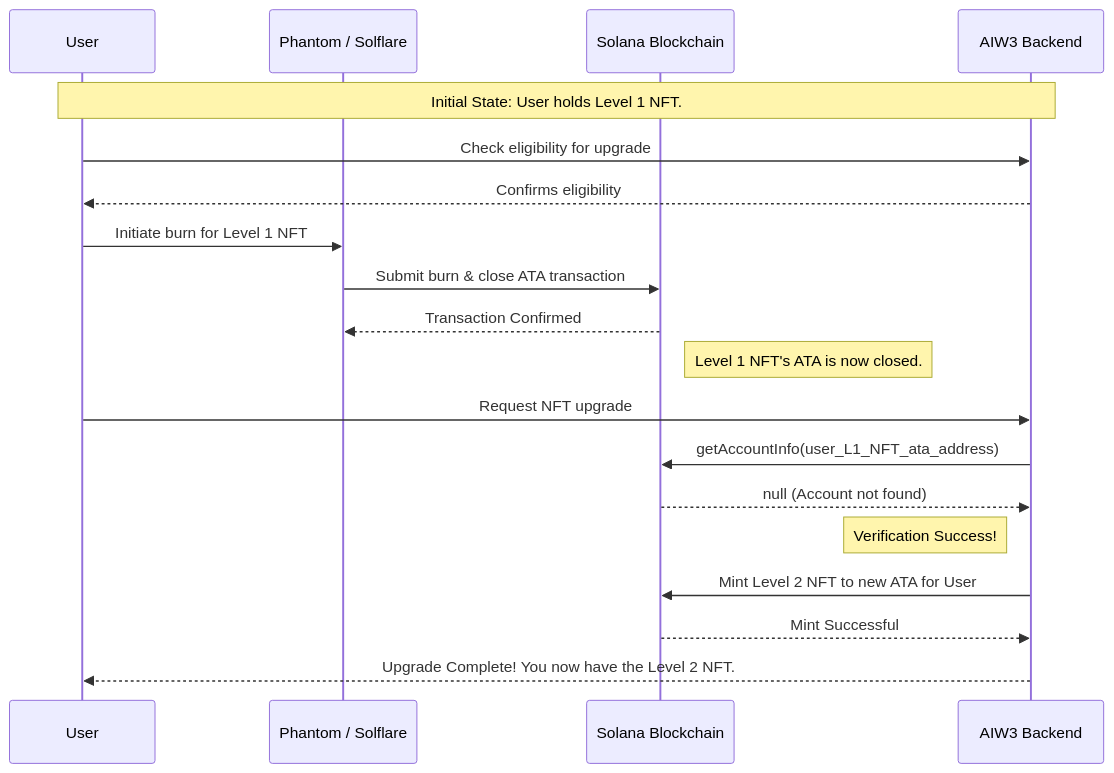
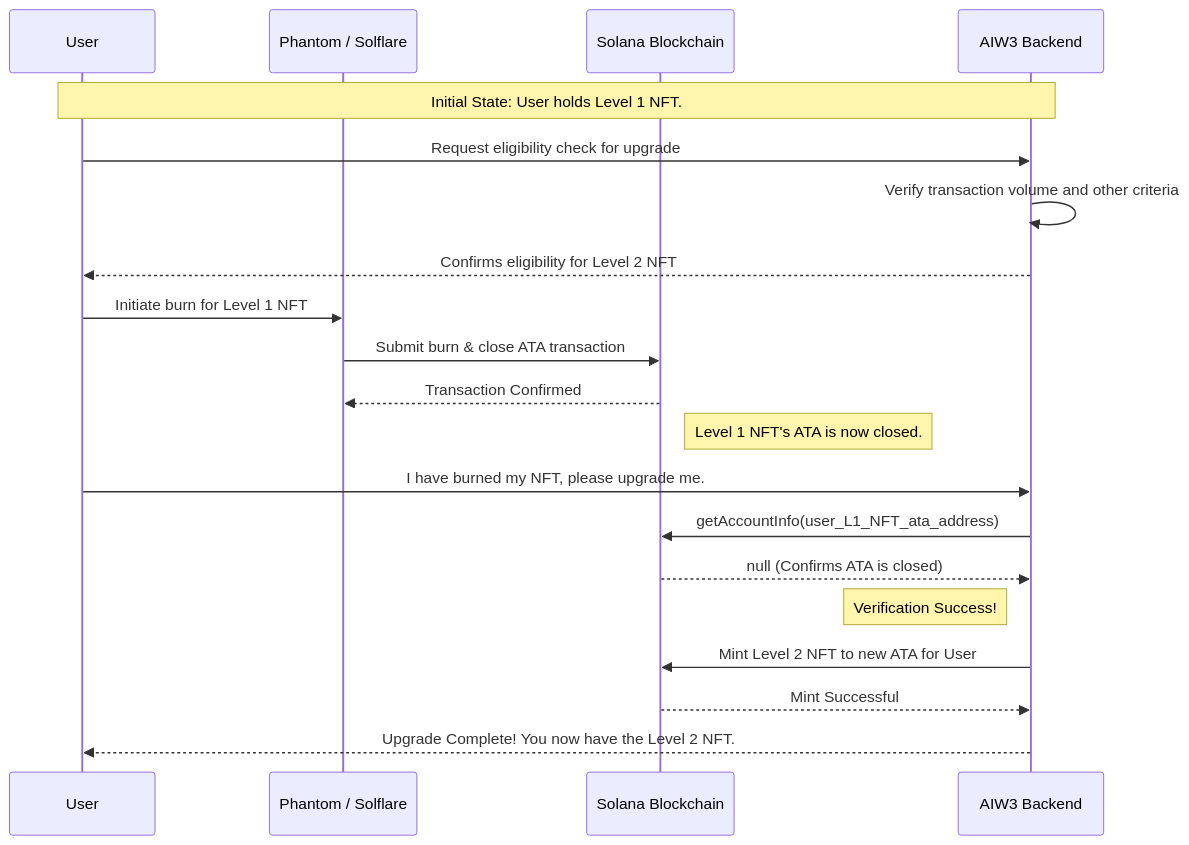
Before and after one commit to ljg-cqu/aiw3-nft-solana: the diagram in docs/Evaluation of Approaches for Disabling Solana NFTs.md, drawn with Mermaid. The commit also changed other lines of this file, not shown here.

Commit message:
docs: Final review and consistency check

````diff
--- a/docs/Evaluation of Approaches for Disabling Solana NFTs.md
+++ b/docs/Evaluation of Approaches for Disabling Solana NFTs.md
@@ -227,30 +236,31 @@
 ```mermaid
 sequenceDiagram
     participant User
     participant Wallet as Phantom / Solflare
     participant Solana as Solana Blockchain
     participant AIW3 as AIW3 Backend
 
-    %% Step 1: Initial State - User has a Level 1 NFT
+    %% Step 1: User requests an upgrade and AIW3 checks eligibility
     Note over User, AIW3: Initial State: User holds Level 1 NFT.
-    User->>AIW3: Check eligibility for upgrade
-    AIW3-->>User: Confirms eligibility
+    User->>AIW3: Request eligibility check for upgrade
+    AIW3->>AIW3: Verify transaction volume and other criteria
+    AIW3-->>User: Confirms eligibility for Level 2 NFT
 
-    %% Step 2: User Burns the old NFT
+    %% Step 2: User Burns the old NFT via their wallet
     User->>Wallet: Initiate burn for Level 1 NFT
     Wallet->>Solana: Submit burn & close ATA transaction
     Solana-->>Wallet: Transaction Confirmed
     note right of Solana: Level 1 NFT's ATA is now closed.
 
-    %% Step 3: AIW3 Verifies the Burn
-    User->>AIW3: Request NFT upgrade
+    %% Step 3: AIW3 Verifies the Burn on-chain
+    User->>AIW3: I have burned my NFT, please upgrade me.
     AIW3->>Solana: getAccountInfo(user_L1_NFT_ata_address)
-    Solana-->>AIW3: null (Account not found)
+    Solana-->>AIW3: null (Confirms ATA is closed)
     note left of AIW3: Verification Success!
 
     %% Step 4: AIW3 Mints the New NFT
     AIW3->>Solana: Mint Level 2 NFT to new ATA for User
     Solana-->>AIW3: Mint Successful
     AIW3-->>User: Upgrade Complete! You now have the Level 2 NFT.
 
 ```
````
